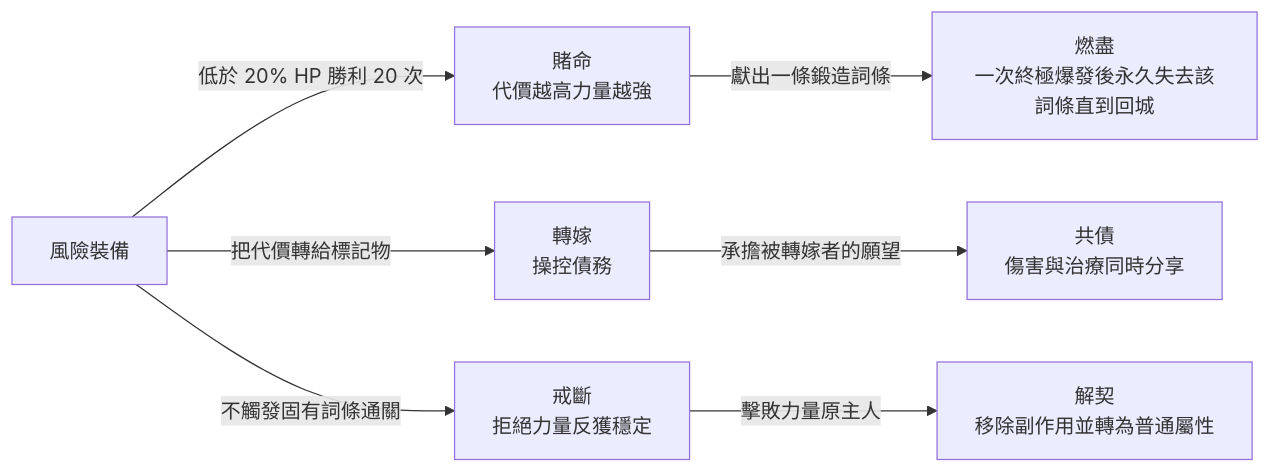
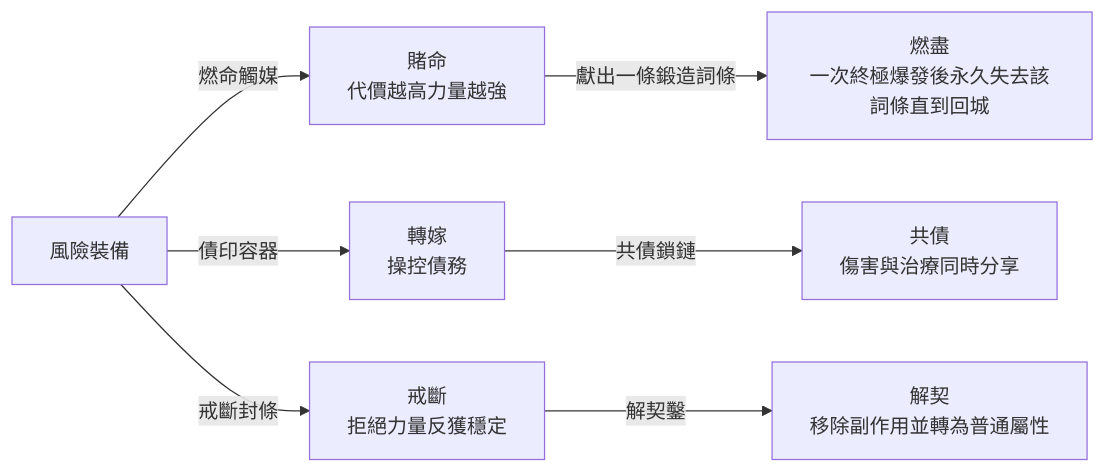
One commit to judadao/game_godot changed the sixth of 11 diagrams in concept/story/game_story/05_戰鬥設計/裝備詞條與進化路線.md. Above: the diagram before and after it, drawn with Mermaid. The commit also changed other lines of this file and 72 other files, not shown here.

````diff
--- a/concept/story/game_story/05_戰鬥設計/裝備詞條與進化路線.md
+++ b/concept/story/game_story/05_戰鬥設計/裝備詞條與進化路線.md
@@ -208,9 +212,9 @@
 ```mermaid
 flowchart LR
-    A[風險裝備] -->|低於 20% HP 勝利 20 次| B[賭命<br/>代價越高力量越強]
-    A -->|把代價轉給標記物| C[轉嫁<br/>操控債務]
-    A -->|不觸發固有詞條通關| D[戒斷<br/>拒絕力量反獲穩定]
+    A[風險裝備] -->|燃命觸媒| B[賭命<br/>代價越高力量越強]
+    A -->|債印容器| C[轉嫁<br/>操控債務]
+    A -->|戒斷封條| D[戒斷<br/>拒絕力量反獲穩定]
     B -->|獻出一條鍛造詞條| E[燃盡<br/>一次終極爆發後永久失去該詞條直到回城]
-    C -->|承擔被轉嫁者的願望| F[共債<br/>傷害與治療同時分享]
-    D -->|擊敗力量原主人| G[解契<br/>移除副作用並轉為普通屬性]
+    C -->|共債鎖鏈| F[共債<br/>傷害與治療同時分享]
+    D -->|解契鑿| G[解契<br/>移除副作用並轉為普通屬性]
 ```
````
